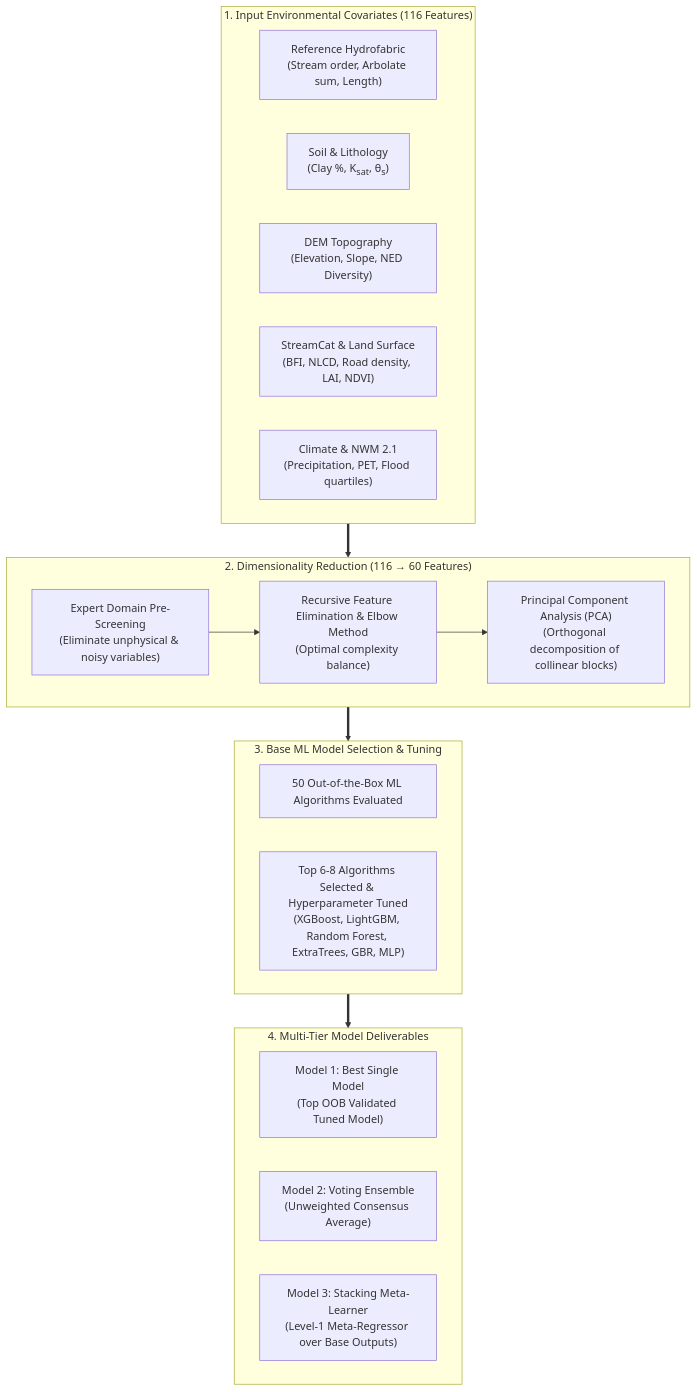
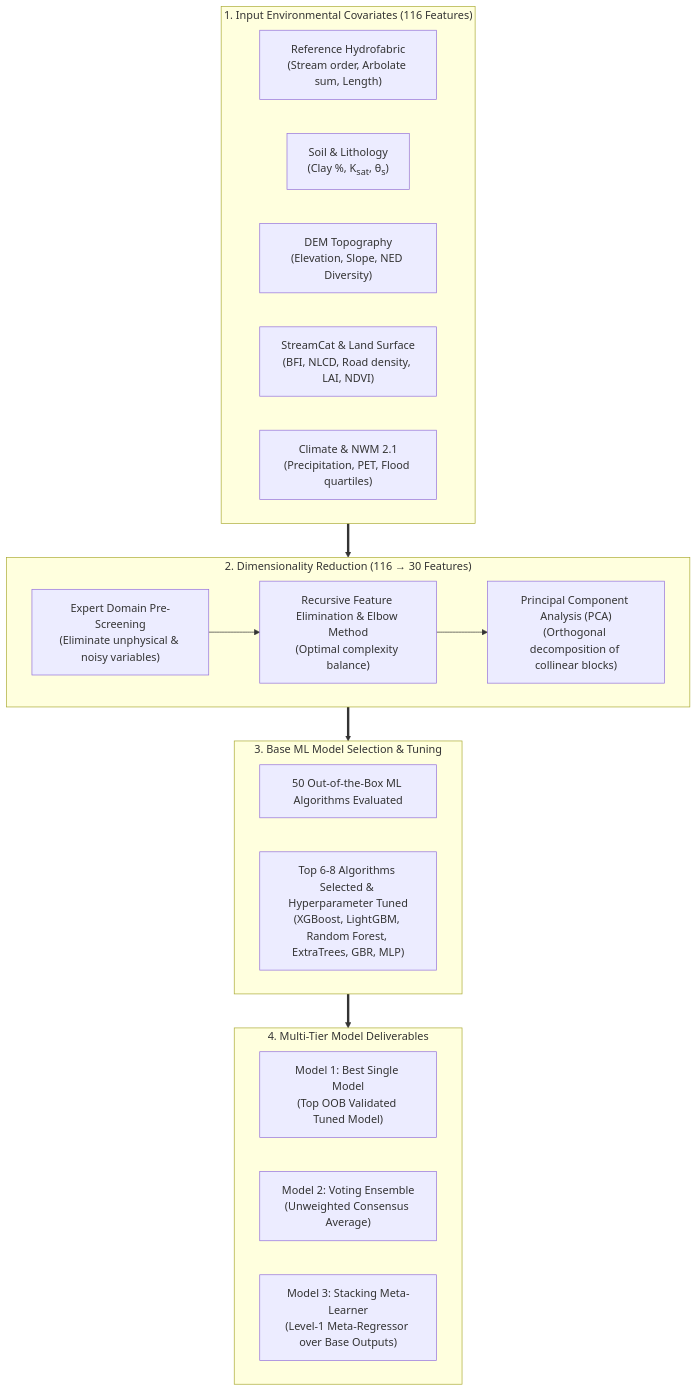
The diagram in docs/v1.0/r/models.md (arashmodrad/ml_web), drawn with Mermaid before and after one commit. The commit also changed other lines of this file and 33 other files, not shown here.

````diff
--- a/docs/v1.0/r/models.md
+++ b/docs/v1.0/r/models.md
@@ -14,36 +14,36 @@
 ```mermaid
 flowchart TD
     subgraph DATA ["1. Input Environmental Covariates (116 Features)"]
         F1["Reference Hydrofabric\n(Stream order, Arbolate sum, Length)"]
         F2["Soil & Lithology\n(Clay %, K<sub>sat</sub>, &theta;<sub>s</sub>)"]
         F3["DEM Topography\n(Elevation, Slope, NED Diversity)"]
         F4["StreamCat & Land Surface\n(BFI, NLCD, Road density, LAI, NDVI)"]
         F5["Climate & NWM 2.1\n(Precipitation, PET, Flood quartiles)"]
     end
 
-    subgraph REDUCTION ["2. Dimensionality Reduction (116 &rarr; 60 Features)"]
+    subgraph REDUCTION ["2. Dimensionality Reduction (116 &rarr; 30 Features)"]
         EXP["Expert Domain Pre-Screening\n(Eliminate unphysical & noisy variables)"]
         RFE["Recursive Feature Elimination & Elbow Method\n(Optimal complexity balance)"]
         PCA["Principal Component Analysis (PCA)\n(Orthogonal decomposition of collinear blocks)"]
         EXP --> RFE --> PCA
     end
 
     subgraph BASE ["3. Base ML Model Selection & Tuning"]
         OOB["50 Out-of-the-Box ML Algorithms Evaluated"]
         TOP["Top 6-8 Algorithms Selected & Hyperparameter Tuned\n(XGBoost, LightGBM, Random Forest, ExtraTrees, GBR, MLP)"]
     end
 
     subgraph TIER ["4. Multi-Tier Model Deliverables"]
         M1["Model 1: Best Single Model\n(Top OOB Validated Tuned Model)"]
         M2["Model 2: Voting Ensemble\n(Unweighted Consensus Average)"]
         M3["Model 3: Stacking Meta-Learner\n(Level-1 Meta-Regressor over Base Outputs)"]
     end
 
     DATA ==> REDUCTION
     REDUCTION ==> BASE
     BASE ==> TIER
 
     class REDUCTION highlight-blue;
     class BASE highlight-teal;
     class TIER highlight-orange;
 ```
````
